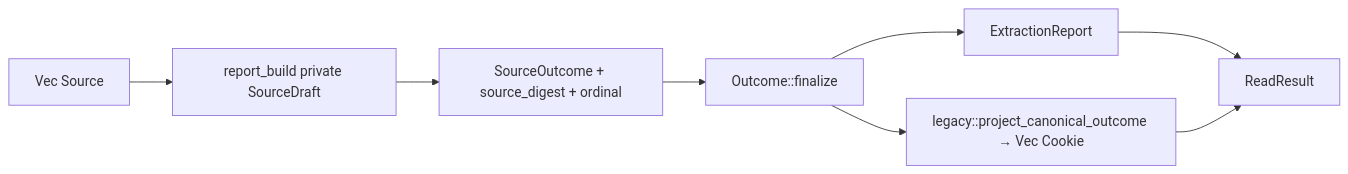
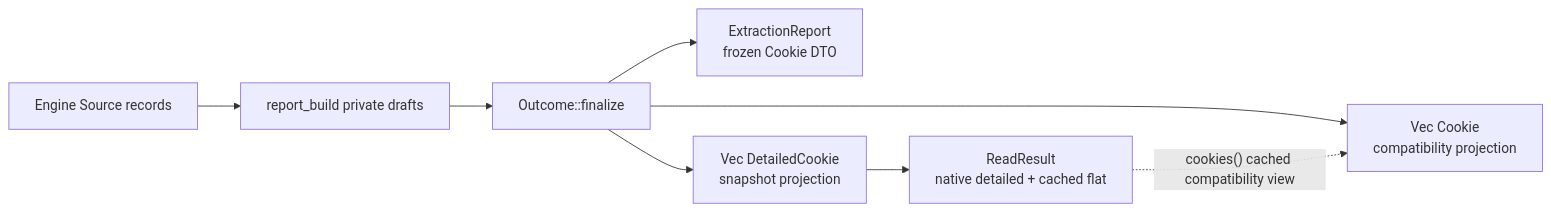
Before and after one commit to teng-lin/rookie: diagram 16 of 16 in docs/architecture.md, drawn with Mermaid. The commit also changed other lines of this file and 24 other files, not shown here.

Commit message:
docs: refresh architecture after projection job cleanup

````diff
--- a/docs/architecture.md
+++ b/docs/architecture.md
@@ -1328,18 +1408,18 @@
 ```mermaid
 flowchart LR
-  SRC["Vec Source"]
-  SD["report_build private SourceDraft"]
-  SO["SourceOutcome + source_digest + ordinal"]
+  SRC["Engine Source records"]
+  SD["report_build private drafts"]
   OUT["Outcome::finalize"]
-  WIRE["ExtractionReport"]
-  COOKIE["legacy::project_canonical_outcome → Vec Cookie"]
-  READ["ReadResult"]
+  WIRE["ExtractionReport<br/>frozen Cookie DTO"]
+  COOKIE["Vec Cookie<br/>compatibility projection"]
+  DETAIL["Vec DetailedCookie<br/>snapshot projection"]
+  READ["ReadResult<br/>native detailed + cached flat"]
 
   SRC --> SD
-  SD --> SO
-  SO --> OUT
+  SD --> OUT
   OUT --> WIRE
   OUT --> COOKIE
-  WIRE --> READ
-  COOKIE --> READ
+  OUT --> DETAIL
+  DETAIL --> READ
+  READ -. "cookies() cached compatibility view" .-> COOKIE
 ```
````
